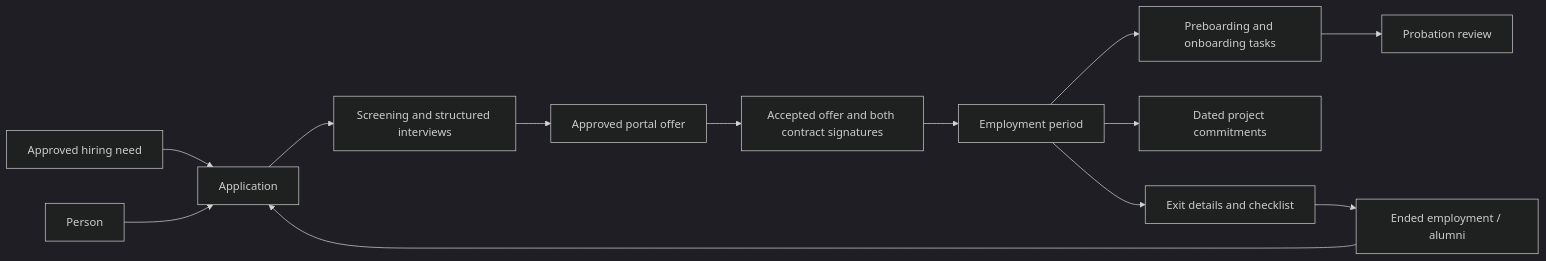
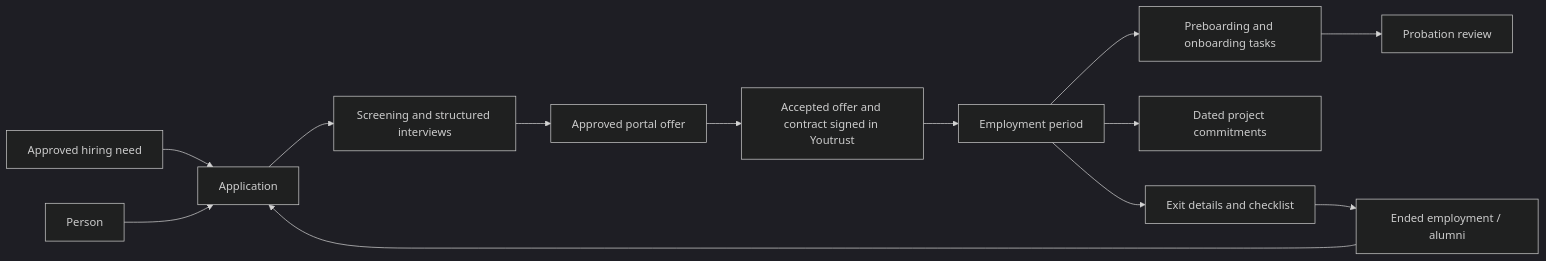
The diagram in docs/hr-implementation.md (mauriyouth/quicksort-website-2), drawn with Mermaid (dark theme) before and after one commit. The commit also changed other lines of this file and 3 other files, not shown here.

Commit message:
docs: describe contracts sent from admin and signed in Youtrust

````diff
--- a/docs/hr-implementation.md
+++ b/docs/hr-implementation.md
@@ -57,15 +57,15 @@
 ```mermaid
 flowchart LR
   Need[Approved hiring need] --> Application[Application]
   Person[Person] --> Application
   Application --> Screening[Screening and structured interviews]
   Screening --> Offer[Approved portal offer]
-  Offer --> Agreement[Accepted offer and both contract signatures]
+  Offer --> Agreement[Accepted offer and contract signed in Youtrust]
   Agreement --> Employment[Employment period]
   Employment --> Onboarding[Preboarding and onboarding tasks]
   Onboarding --> Review[Probation review]
   Employment --> Staffing[Dated project commitments]
   Employment --> Exit[Exit details and checklist]
   Exit --> Alumni[Ended employment / alumni]
   Alumni --> Application
 ```
````
